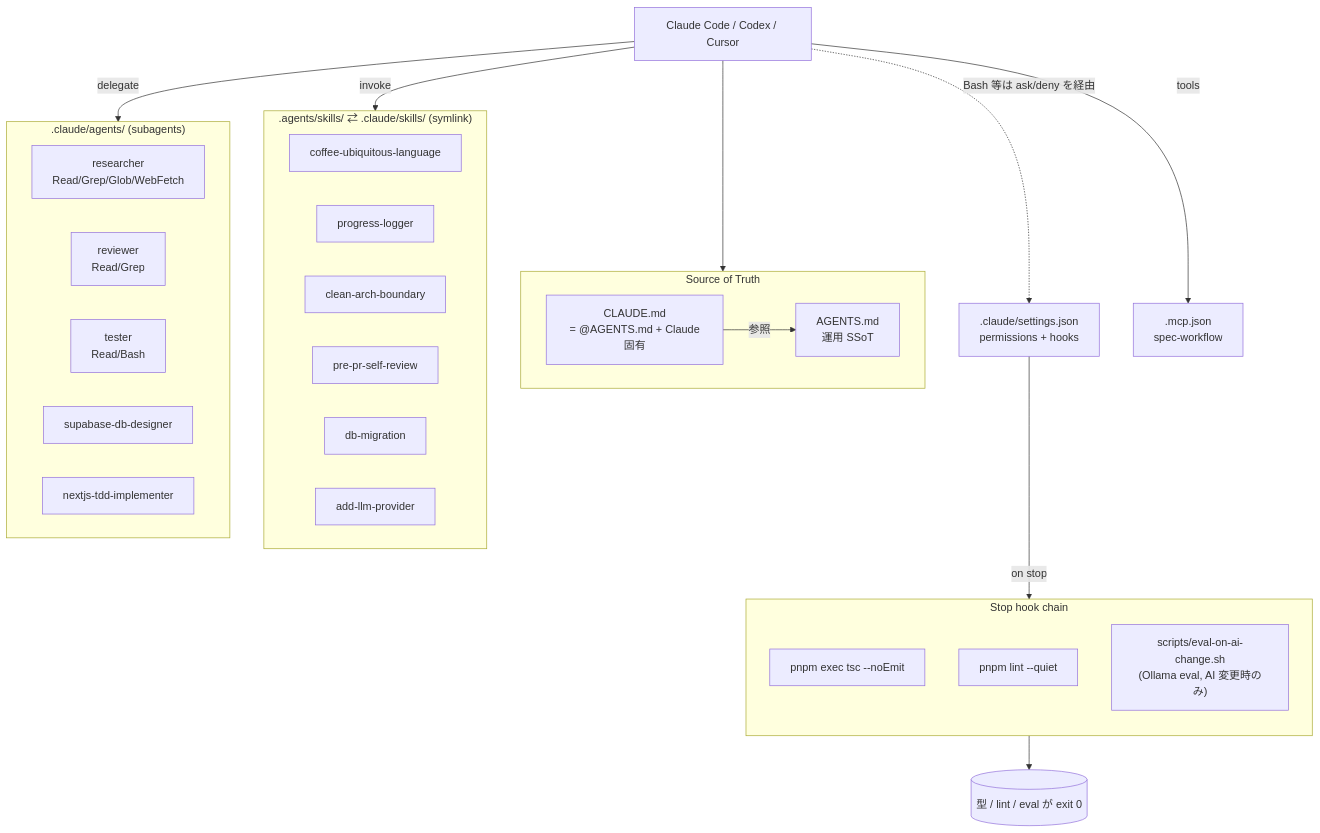
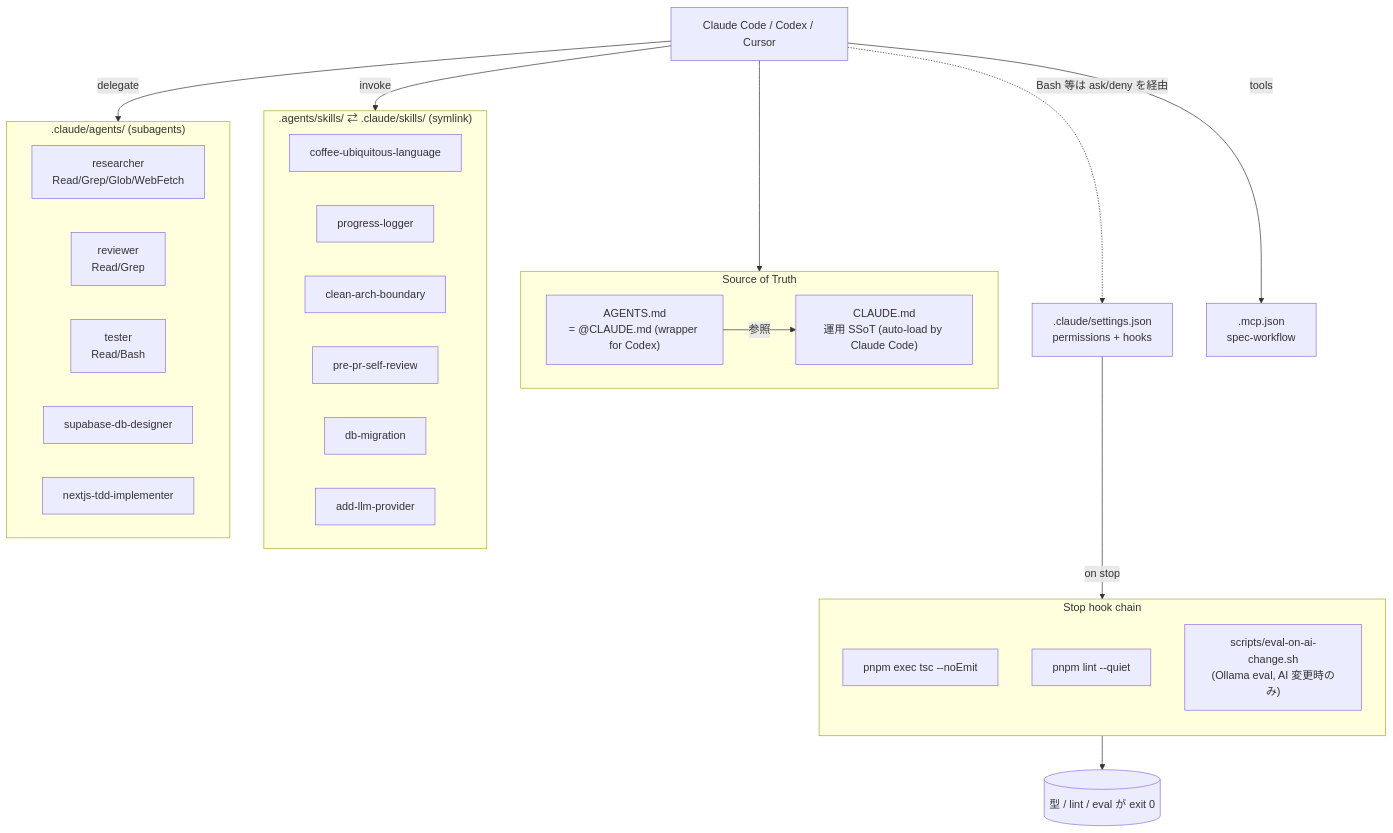
Before and after one commit to ifhito/simple-coffee-collections: the diagram in docs/agent-onboarding.md, drawn with Mermaid. The commit also changed other lines of this file and 4 other files, not shown here.

First line of the commit message:
refactor: SSoT を CLAUDE.md に反転、AGENTS.md を wrapper 化

````diff
--- a/docs/agent-onboarding.md
+++ b/docs/agent-onboarding.md
@@ -17,50 +17,50 @@
 ```mermaid
 flowchart TB
   Agent["Claude Code / Codex / Cursor"]
 
   subgraph SSoT["Source of Truth"]
     direction LR
-    A["AGENTS.md<br/>運用 SSoT"]
-    C["CLAUDE.md<br/>= @AGENTS.md + Claude固有"]
-    C -->|参照| A
+    C["CLAUDE.md<br/>運用 SSoT (auto-load by Claude Code)"]
+    A["AGENTS.md<br/>= @CLAUDE.md (wrapper for Codex)"]
+    A -->|参照| C
   end
 
   subgraph Skills[".agents/skills/ ⇄ .claude/skills/ (symlink)"]
     direction LR
     S1["coffee-ubiquitous-language"]
     S2["progress-logger"]
     S3["clean-arch-boundary"]
     S4["pre-pr-self-review"]
     S5["db-migration"]
     S6["add-llm-provider"]
   end
 
   subgraph Subs[".claude/agents/ (subagents)"]
     direction LR
     R["researcher<br/>Read/Grep/Glob/WebFetch"]
     V["reviewer<br/>Read/Grep"]
     T["tester<br/>Read/Bash"]
     DB["supabase-db-designer"]
     TDD["nextjs-tdd-implementer"]
   end
 
   Settings[".claude/settings.json<br/>permissions + hooks"]
   MCP[".mcp.json<br/>spec-workflow"]
 
   subgraph Hooks["Stop hook chain"]
     direction TB
     H1["pnpm exec tsc --noEmit"]
     H2["pnpm lint --quiet"]
     H3["scripts/eval-on-ai-change.sh<br/>(Ollama eval, AI 変更時のみ)"]
   end
 
   Sensors[("型 / lint / eval が exit 0")]
 
   Agent --> SSoT
   Agent -->|invoke| Skills
   Agent -->|delegate| Subs
   Agent -->|tools| MCP
   Agent -.->|Bash 等は ask/deny を経由| Settings
   Settings -->|on stop| Hooks
   Hooks --> Sensors
 ```
````
